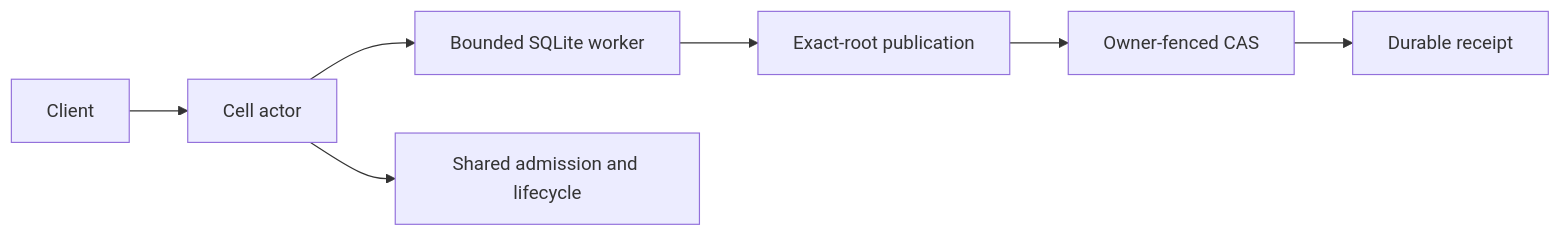
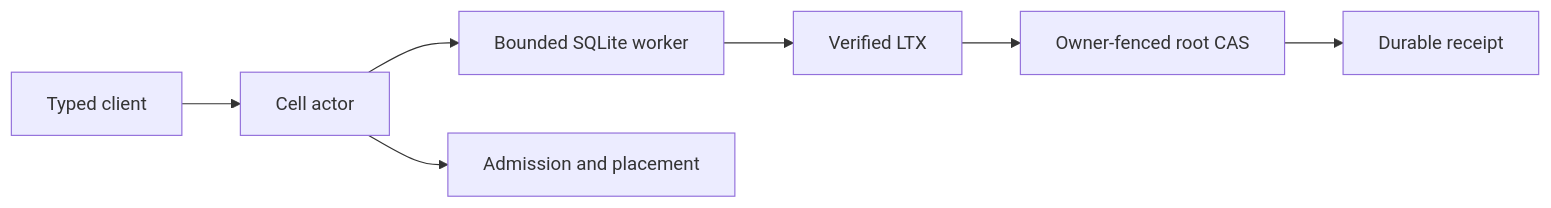
The diagram in crates/cellule-runtime/README.md (andypeng2015/cellule), drawn with Mermaid before and after one commit. The commit also changed other lines of this file and 181 other files, not shown here.

````diff
--- a/crates/cellule-runtime/README.md
+++ b/crates/cellule-runtime/README.md
@@ -15,9 +8,9 @@
 ```mermaid
 flowchart LR
-    Client --> Actor[Cell actor]
+    Client[Typed client] --> Actor[Cell actor]
     Actor --> Worker[Bounded SQLite worker]
-    Worker --> Publication[Exact-root publication]
-    Publication --> Authority[Owner-fenced CAS]
+    Worker --> LTX[Verified LTX]
+    LTX --> Authority[Owner-fenced root CAS]
     Authority --> Receipt[Durable receipt]
-    Actor --> Fleet[Shared admission and lifecycle]
+    Actor --> Fleet[Admission and placement]
 ```
````
